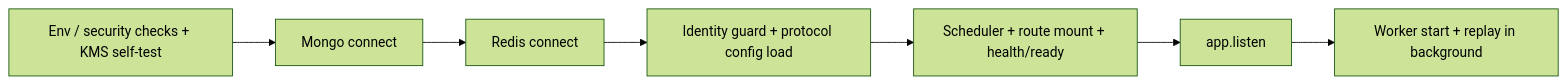
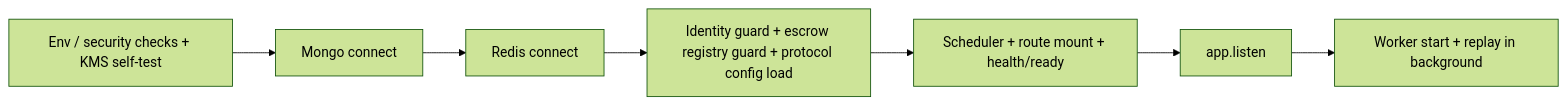
The eighth of 14 diagrams in docs/EN/ARCHITECTURE.md (MyDemir/Araf-Protocol), drawn with Mermaid (forest theme) before and after one commit. The commit also changed other lines of this file, not shown here.

First line of the commit message:
docs(EN/ARCHITECTURE): backend mimarisi ve frontend akisi TR ile esitlendi

````diff
--- a/docs/EN/ARCHITECTURE.md
+++ b/docs/EN/ARCHITECTURE.md
@@ -585,9 +585,9 @@
 ```mermaid
 flowchart LR
     A[Env / security checks + KMS self-test] --> B[Mongo connect]
     B --> C[Redis connect]
-    C --> D[Identity guard + protocol config load]
+    C --> D[Identity guard + escrow registry guard + protocol config load]
     D --> E[Scheduler + route mount + health/ready]
     E --> F[app.listen]
     F --> G[Worker start + replay in background]
 ```
````
